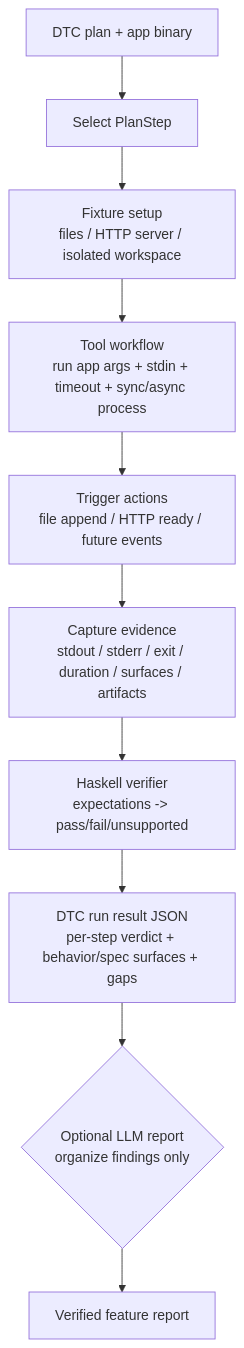
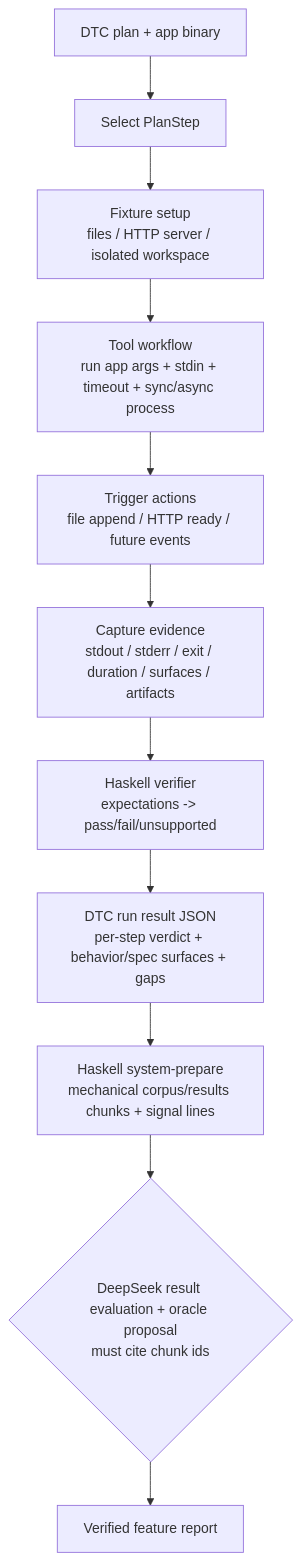
One commit to fucommingsoon/hs-blackbox-agent changed the second of 2 diagrams in FLOW.md. Above: the diagram before and after it, drawn with Mermaid. The commit also changed other lines of this file and 20 other files, not shown here.

Commit message:
Refine DTC flow and document PB container execution

````diff
--- a/FLOW.md
+++ b/FLOW.md
@@ -30,12 +30,13 @@
 ```mermaid
 flowchart TD
     Input[DTC plan + app binary] --> Select
     Select[Select PlanStep] --> Setup
     Setup[Fixture setup<br/>files / HTTP server / isolated workspace] --> Run
     Run[Tool workflow<br/>run app args + stdin + timeout + sync/async process] --> Trigger
     Trigger[Trigger actions<br/>file append / HTTP ready / future events] --> Capture
     Capture[Capture evidence<br/>stdout / stderr / exit / duration / surfaces / artifacts] --> Verify
     Verify[Haskell verifier<br/>expectations -> pass/fail/unsupported] --> Result
-    Result[DTC run result JSON<br/>per-step verdict + behavior/spec surfaces + gaps] --> Report
-    Report{Optional LLM report<br/>organize findings only} --> Done[Verified feature report]
+    Result[DTC run result JSON<br/>per-step verdict + behavior/spec surfaces + gaps] --> SystemPrepare
+    SystemPrepare[Haskell system-prepare<br/>mechanical corpus/results chunks + signal lines] --> Report
+    Report{DeepSeek result evaluation + oracle proposal<br/>must cite chunk ids} --> Done[Verified feature report]
 ```
````
